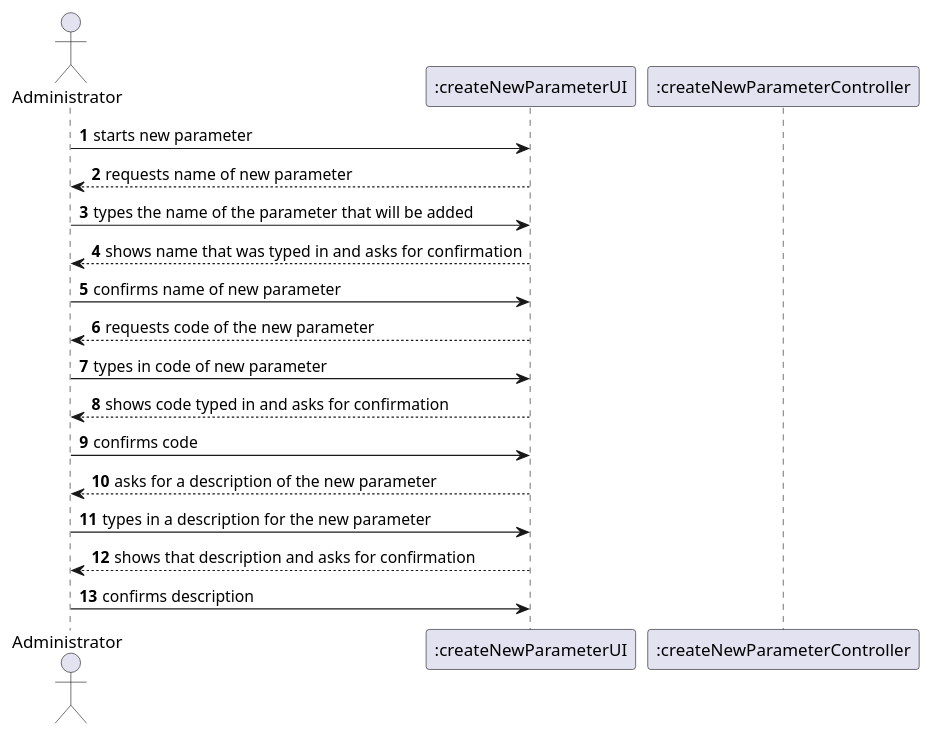
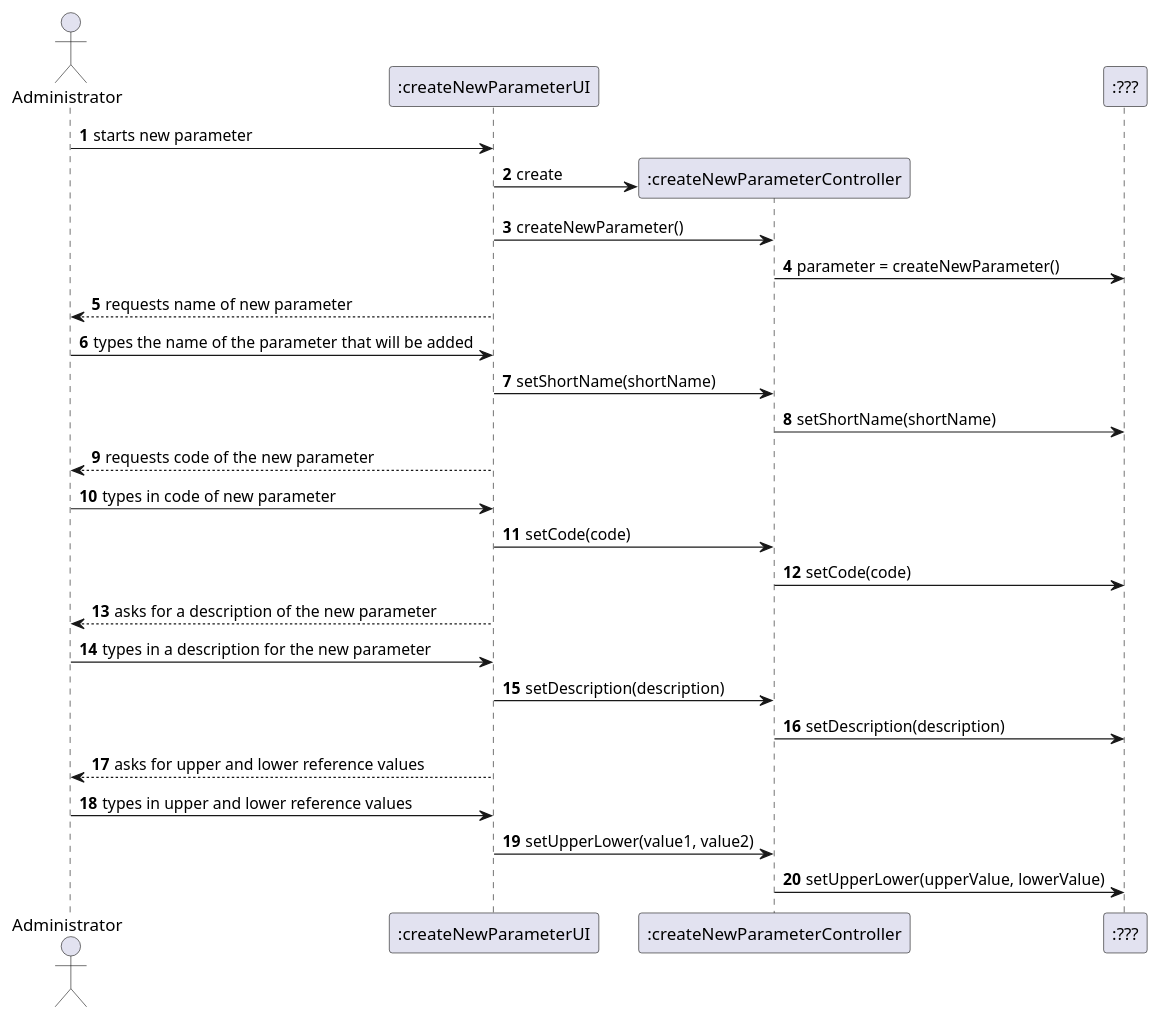
Before and after one commit to MadDinosaur/ISEP-LAPR2: the diagram in docs/SprintB/US10/US10_SD.puml, drawn with PlantUML. The commit also changed 4 other files, not shown here.

Commit message:
Updated Engineering requirements and Sequence diagram

```diff
--- a/docs/SprintB/US10/US10_SD.puml
+++ b/docs/SprintB/US10/US10_SD.puml
@@ -1,23 +1,32 @@
 @startuml
 
 autonumber
 
 actor Administrator as admin
 participant ":createNewParameterUI" as UI
-participant ":createNewParameterController" as createNewParam
+participant ":createNewParameterController" as Controller
+participant ":???" as new
 
 admin -> UI: starts new parameter
+create Controller
+UI -> Controller: create
+UI -> Controller: createNewParameter()
+Controller -> new: parameter = createNewParameter()
 UI --> admin: requests name of new parameter
 admin -> UI: types the name of the parameter that will be added
-UI --> admin: shows name that was typed in and asks for confirmation
-admin -> UI: confirms name of new parameter
+UI -> Controller: setShortName(shortName)
+Controller -> new: setShortName(shortName)
 UI --> admin: requests code of the new parameter
 admin -> UI: types in code of new parameter
-UI --> admin: shows code typed in and asks for confirmation
-admin -> UI: confirms code
+UI -> Controller: setCode(code)
+Controller -> new: setCode(code)
 UI --> admin: asks for a description of the new parameter
 admin -> UI: types in a description for the new parameter
-UI --> admin: shows that description and asks for confirmation
-admin -> UI: confirms description
+UI -> Controller: setDescription(description)
+Controller -> new: setDescription(description)
+UI --> admin: asks for upper and lower reference values
+admin -> UI: types in upper and lower reference values
+UI -> Controller: setUpperLower(value1, value2)
+Controller -> new: setUpperLower(upperValue, lowerValue)
 
 @enduml
```
